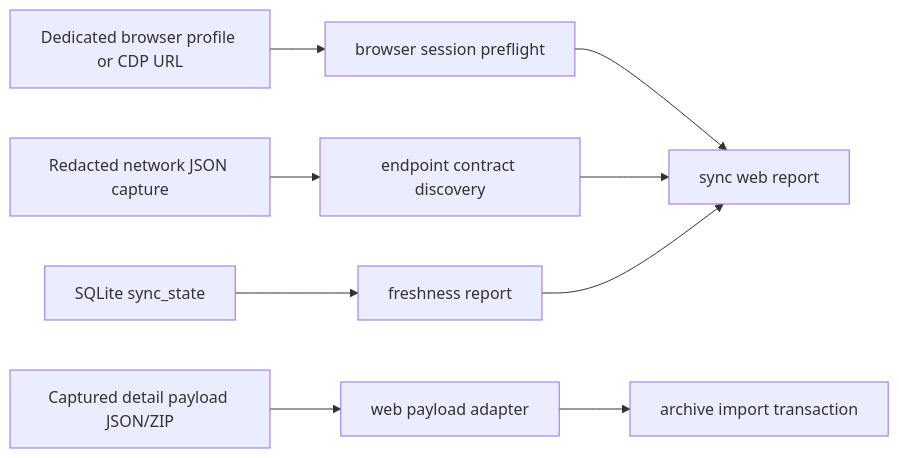
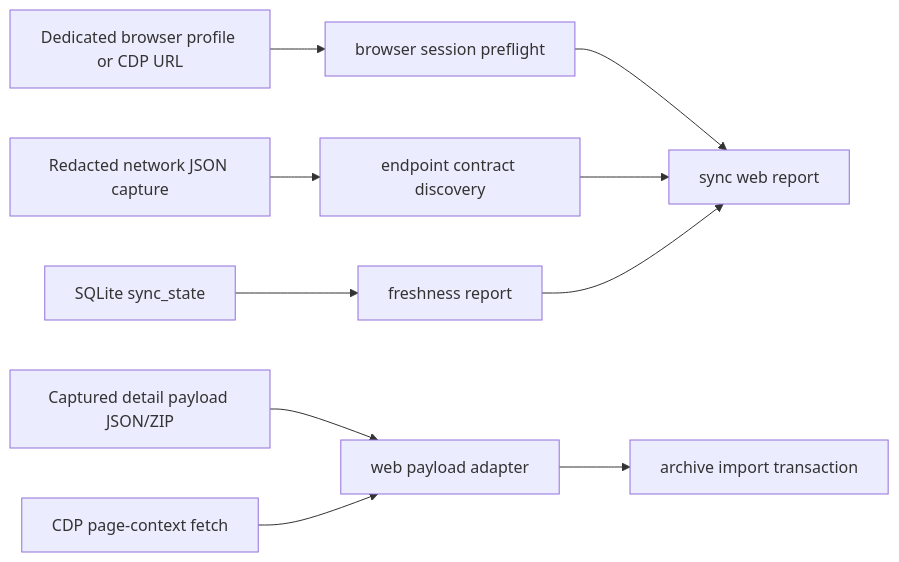
Before and after one commit to jamespheffernan/aicrawl: the second of 3 diagrams in docs/ARCHITECTURE.md, drawn with Mermaid. The commit also changed other lines of this file and 17 other files, not shown here.

Commit message:
feat: sync web conversations through CDP

````diff
--- a/docs/ARCHITECTURE.md
+++ b/docs/ARCHITECTURE.md
@@ -64,11 +65,12 @@
 ```mermaid
 flowchart LR
   BrowserProfile["Dedicated browser profile or CDP URL"] --> SessionPlan["browser session preflight"]
   NetworkCapture["Redacted network JSON capture"] --> ContractDiscovery["endpoint contract discovery"]
   ArchiveState["SQLite sync_state"] --> Freshness["freshness report"]
   SourcePayload["Captured detail payload JSON/ZIP"] --> WebAdapter["web payload adapter"]
+  CDP["CDP page-context fetch"] --> WebAdapter
   WebAdapter --> Archive["archive import transaction"]
   SessionPlan --> Report["sync web report"]
   ContractDiscovery --> Report
   Freshness --> Report
 ```
````
